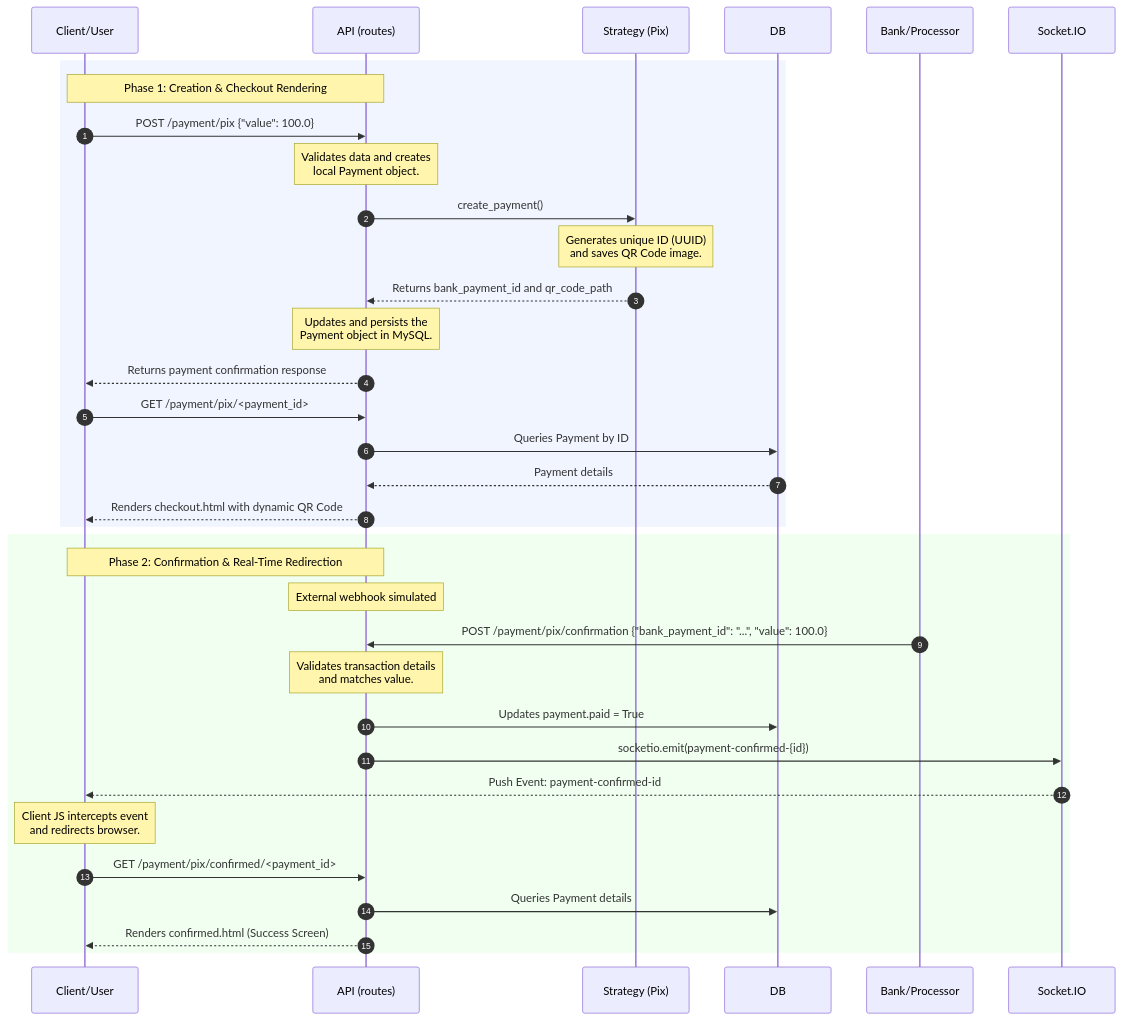
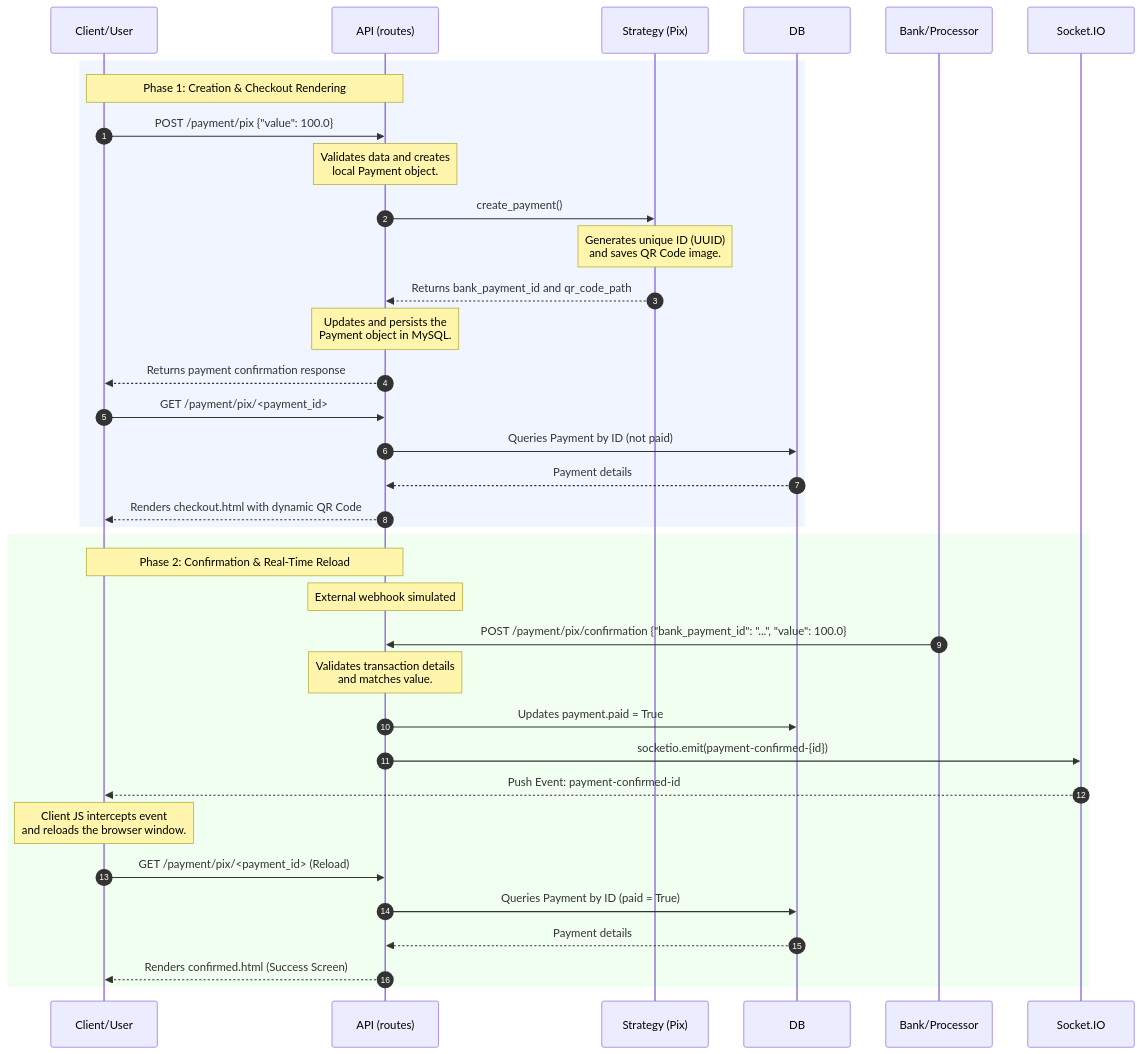
One commit to Sera-DAI/Payment-API changed the second of 2 diagrams in docs/architecture.md. Above: the diagram before and after it, drawn with Mermaid. The commit also changed other lines of this file and 2 other files, not shown here.

````diff
--- a/docs/architecture.md
+++ b/docs/architecture.md
@@ -79,34 +82,35 @@
 ```mermaid
 sequenceDiagram
     autonumber
     
     rect rgb(240, 245, 255)
         Note over Client/User, API (routes): Phase 1: Creation & Checkout Rendering
         Client/User->>API (routes): POST /payment/pix {"value": 100.0}
         Note over API (routes): Validates data and creates<br/>local Payment object.
         API (routes)->>Strategy (Pix): create_payment()
         Note over Strategy (Pix): Generates unique ID (UUID)<br/>and saves QR Code image.
         Strategy (Pix)-->>API (routes): Returns bank_payment_id and qr_code_path
         Note over API (routes): Updates and persists the<br/>Payment object in MySQL.
         API (routes)-->>Client/User: Returns payment confirmation response
         
         Client/User->>API (routes): GET /payment/pix/<payment_id>
-        API (routes)->>DB: Queries Payment by ID
+        API (routes)->>DB: Queries Payment by ID (not paid)
         DB-->>API (routes): Payment details
         API (routes)-->>Client/User: Renders checkout.html with dynamic QR Code
     end
     
     rect rgb(240, 255, 240)
-        Note over Client/User, API (routes): Phase 2: Confirmation & Real-Time Redirection
+        Note over Client/User, API (routes): Phase 2: Confirmation & Real-Time Reload
         Note over API (routes): External webhook simulated
         Bank/Processor->>API (routes): POST /payment/pix/confirmation {"bank_payment_id": "...", "value": 100.0}
         Note over API (routes): Validates transaction details<br/>and matches value.
         API (routes)->>DB: Updates payment.paid = True
         API (routes)->>Socket.IO: socketio.emit(payment-confirmed-{id})
         Socket.IO-->>Client/User: Push Event: payment-confirmed-id
-        Note over Client/User: Client JS intercepts event<br/>and redirects browser.
-        Client/User->>API (routes): GET /payment/pix/confirmed/<payment_id>
-        API (routes)->>DB: Queries Payment details
+        Note over Client/User: Client JS intercepts event<br/>and reloads the browser window.
+        Client/User->>API (routes): GET /payment/pix/<payment_id> (Reload)
+        API (routes)->>DB: Queries Payment by ID (paid = True)
+        DB-->>API (routes): Payment details
         API (routes)-->>Client/User: Renders confirmed.html (Success Screen)
     end
 ```
````
